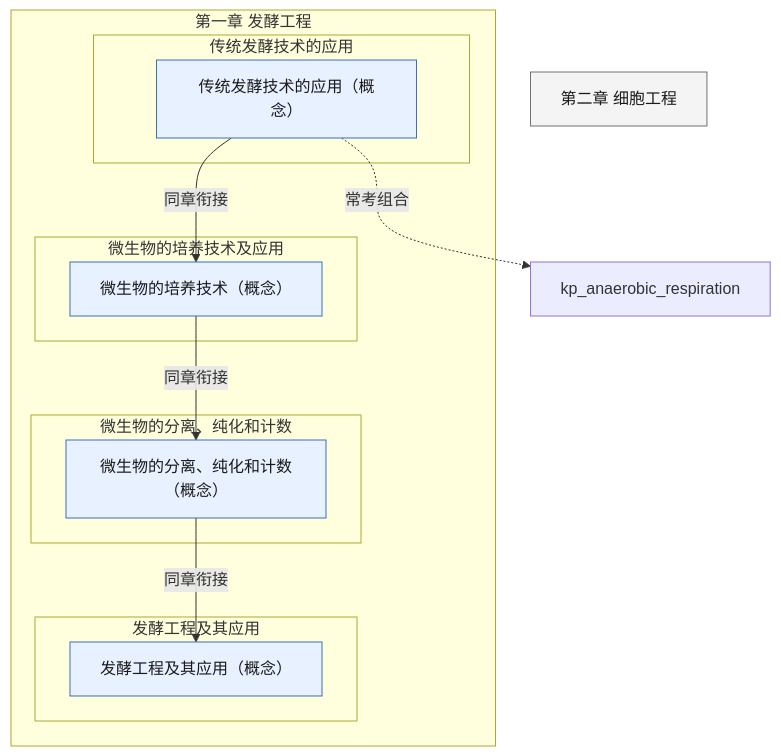
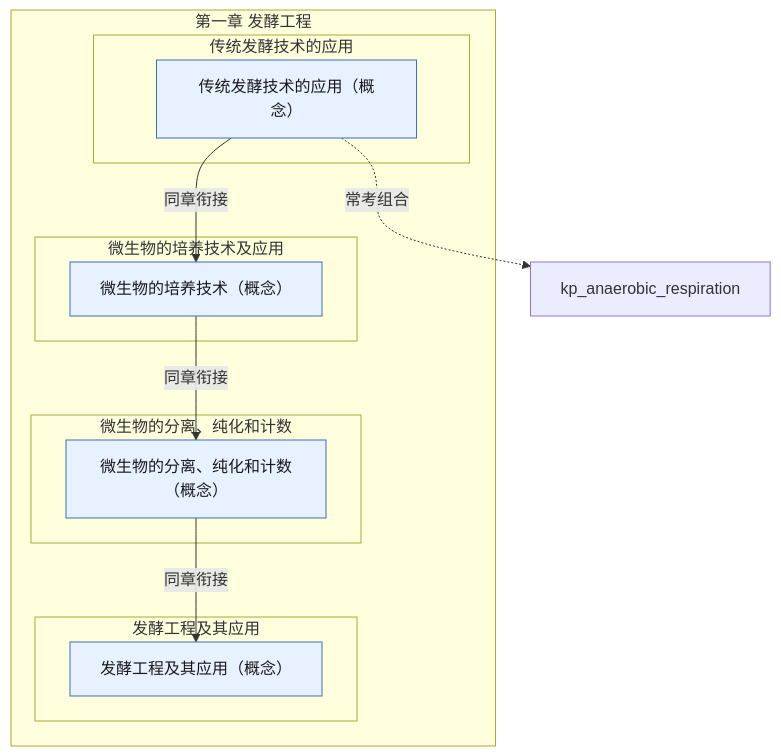
Before and after one commit to lihenair/high-school-ai-tutor-skill: the diagram in skills/high-school-ai-tutor/references/pep-bio-xbx3-ch1.md, drawn with Mermaid. The commit also changed 26 other files, not shown here.

First line of the commit message:
feat(bio): 跨教材知识联系图谱——占位符清退 + 53 条组合边 + 联系图谱文档

````diff
--- a/skills/high-school-ai-tutor/references/pep-bio-xbx3-ch1.md
+++ b/skills/high-school-ai-tutor/references/pep-bio-xbx3-ch1.md
@@ -5,26 +5,25 @@
 ```mermaid
 flowchart TD
   classDef concept fill:#E8F1FF,stroke:#3B6FB6,color:#1A1A1A
   classDef skill fill:#E7F6EE,stroke:#2E7D4F,color:#1A1A1A
   classDef experiment fill:#FFF4E5,stroke:#C47B17,color:#1A1A1A
   classDef later fill:#F4F4F5,stroke:#71717A,color:#1A1A1A
   subgraph ch["第一章 发酵工程"]
     subgraph s1["传统发酵技术的应用"]
       kp_traditional_fermentation["传统发酵技术的应用（概念）"]:::concept
     end
     subgraph s2["微生物的培养技术及应用"]
       kp_microbe_culture["微生物的培养技术（概念）"]:::concept
     end
     subgraph s3["微生物的分离、纯化和计数"]
       kp_microbe_isolation["微生物的分离、纯化和计数（概念）"]:::concept
     end
     subgraph s4["发酵工程及其应用"]
       kp_fermentation_engineering["发酵工程及其应用（概念）"]:::concept
     end
   end
-  xbx3_ch2["第二章 细胞工程"]:::later
   kp_traditional_fermentation -->|同章衔接| kp_microbe_culture
   kp_microbe_culture -->|同章衔接| kp_microbe_isolation
   kp_microbe_isolation -->|同章衔接| kp_fermentation_engineering
   kp_traditional_fermentation -.->|常考组合| kp_anaerobic_respiration
 ```
````
